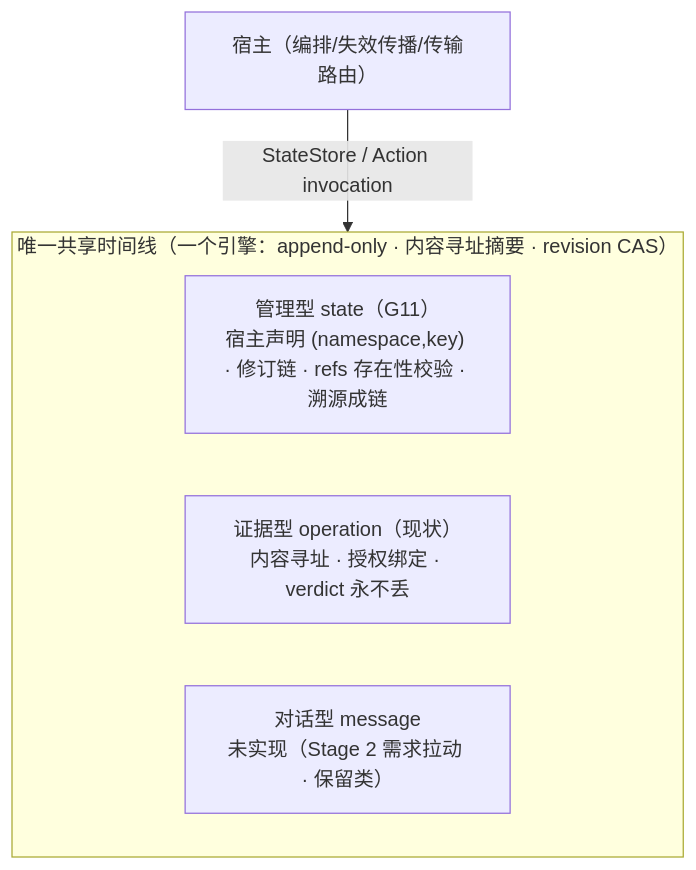
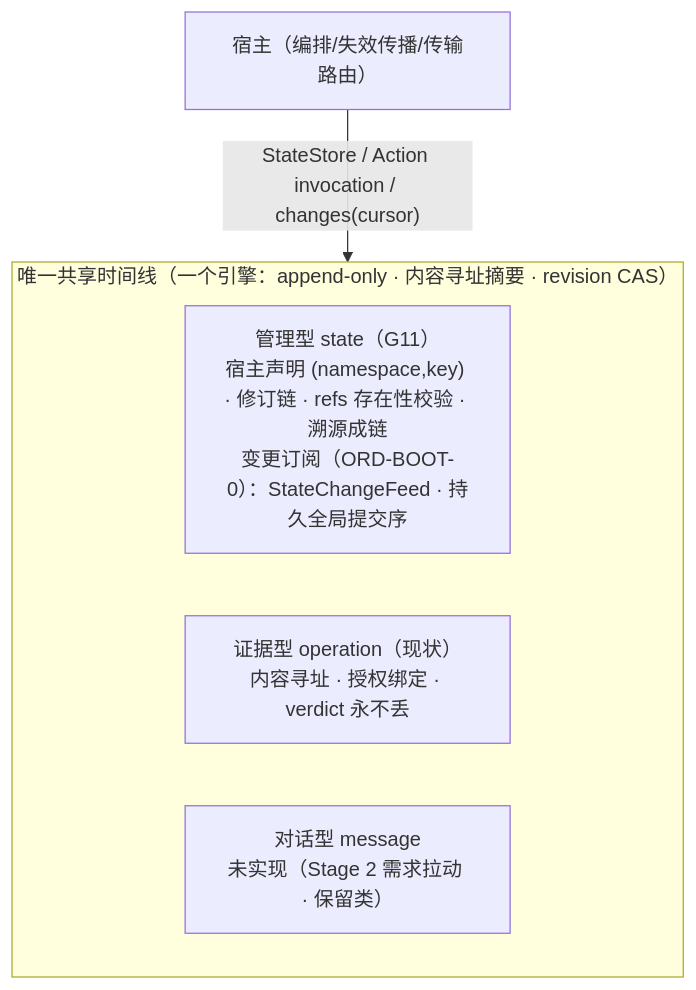
Before and after one commit to orangeofcarl0-sys/ordarium: diagram 21 of 21 in docs/15-ordarium-complete-architecture.md, drawn with Mermaid. The commit also changed other lines of this file and 42 other files, not shown here.

First line of the commit message:
feat: ORD-BOOT-0 host-neutral revisioned state change feed (SQLite v4, 1.3.0)

````diff
--- a/docs/15-ordarium-complete-architecture.md
+++ b/docs/15-ordarium-complete-architecture.md
@@ -1040,10 +1040,10 @@
 ```mermaid
 graph TB
     subgraph TL["唯一共享时间线（一个引擎：append-only · 内容寻址摘要 · revision CAS）"]
         direction LR
-        ST["管理型 state（G11）<br/>宿主声明 (namespace,key) · 修订链 · refs 存在性校验 · 溯源成链"]
+        ST["管理型 state（G11）<br/>宿主声明 (namespace,key) · 修订链 · refs 存在性校验 · 溯源成链<br/>变更订阅（ORD-BOOT-0）：StateChangeFeed · 持久全局提交序"]
         OP["证据型 operation（现状）<br/>内容寻址 · 授权绑定 · verdict 永不丢"]
         MSG["对话型 message<br/>未实现（Stage 2 需求拉动 · 保留类）"]
     end
-    HOST["宿主（编排/失效传播/传输路由）"] -->|"StateStore / Action invocation"| TL
+    HOST["宿主（编排/失效传播/传输路由）"] -->|"StateStore / Action invocation / changes(cursor)"| TL
 ```
````
